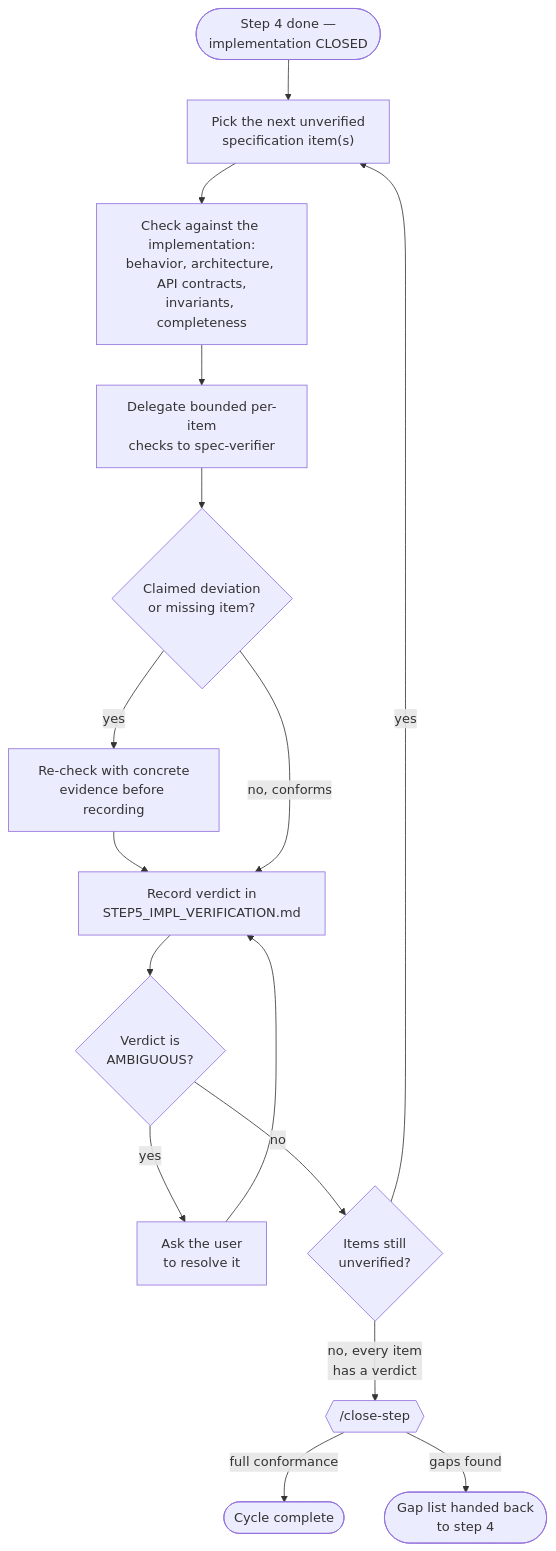
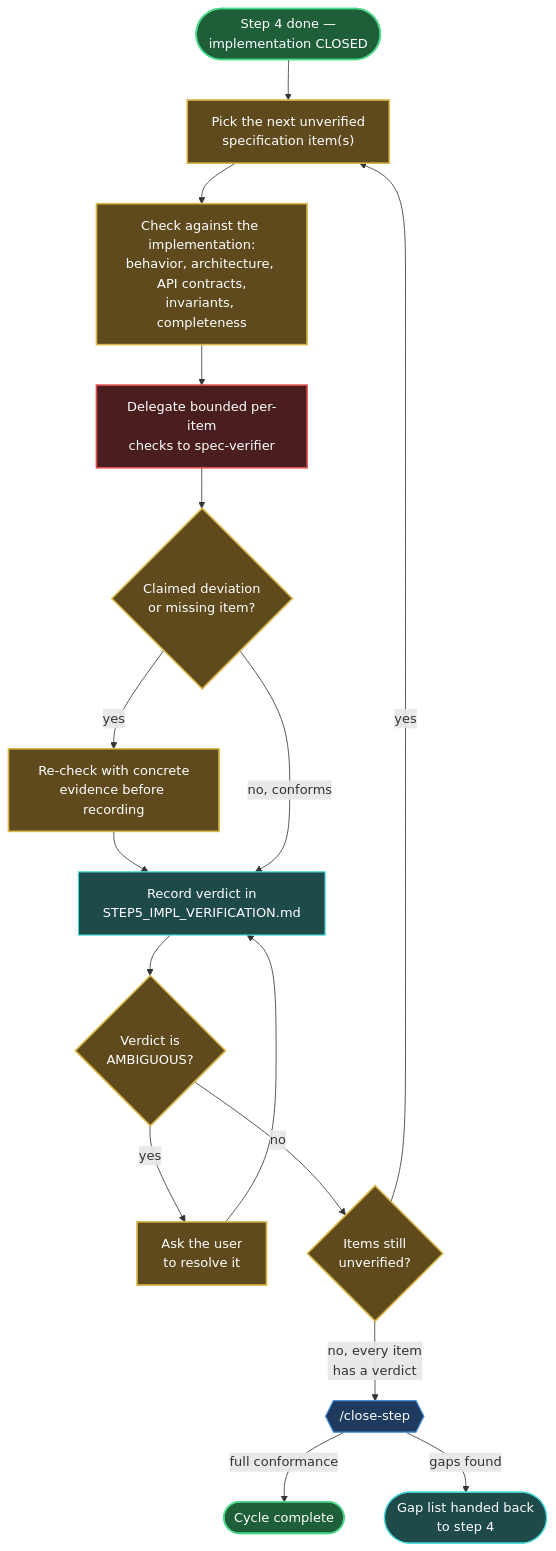
Before and after one commit to jeromeetienne/vibe_to_spec: the diagram in steps/step_05_verification/README.md, drawn with Mermaid. The commit also changed other lines of this file and 6 other files, not shown here.

First line of the commit message:
Apply global_workflow.md's diagram color scheme to all repo diagrams, reformat session summary lines as bullet lists

````diff
--- a/steps/step_05_verification/README.md
+++ b/steps/step_05_verification/README.md
@@ -39,31 +39,43 @@
 ```mermaid
 flowchart TD
     Start(["Step 4 done —
 implementation CLOSED"]) --> Pick["Pick the next unverified
 specification item(s)"]
     Pick --> Check["Check against the implementation:
 behavior, architecture, API contracts,
 invariants, completeness"]
     Check --> Delegate["Delegate bounded per-item
 checks to spec-verifier"]
     Delegate --> Verify{"Claimed deviation
 or missing item?"}
     Verify -->|"yes"| Reverify["Re-check with concrete
 evidence before recording"]
     Reverify --> Record
     Verify -->|"no, conforms"| Record["Record verdict in
 STEP5_IMPL_VERIFICATION.md"]
     Record --> Ambiguous{"Verdict is
 AMBIGUOUS?"}
     Ambiguous -->|"yes"| AskUser["Ask the user
 to resolve it"]
     AskUser --> Record
     Ambiguous -->|"no"| More{"Items still
 unverified?"}
     More -->|"yes"| Pick
     More -->|"no, every item
 has a verdict"| Conclude{{"/close-step"}}
     Conclude -->|"full conformance"| Done(["Cycle complete"])
     Conclude -->|"gaps found"| BackToStep4(["Gap list handed back
 to step 4"])
+
+    classDef loop fill:#5f4a1e,stroke:#d9b84a,stroke-width:2px,color:#fff;
+    classDef cmd fill:#1e3a5f,stroke:#4a90d9,stroke-width:1.5px,color:#fff;
+    classDef rec fill:#1e4a4a,stroke:#4ad9d9,stroke-width:1.5px,color:#fff;
+    classDef done fill:#1e5f3a,stroke:#4ad98a,stroke-width:2px,color:#fff;
+    classDef critic fill:#4a1e1e,stroke:#d94a4a,stroke-width:2px,color:#fff;
+    class Start done;
+    class Pick,Check,Verify,Reverify,Ambiguous,AskUser,More loop;
+    class Delegate critic;
+    class Record,BackToStep4 rec;
+    class Conclude cmd;
+    class Done done;
 ```
````
